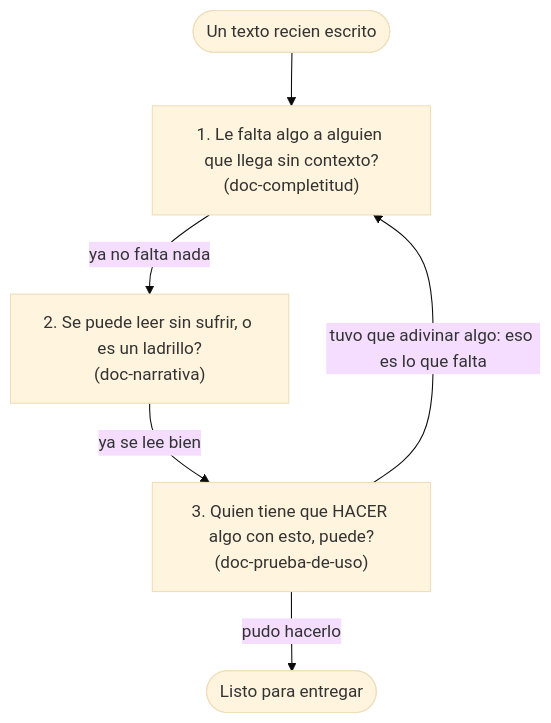
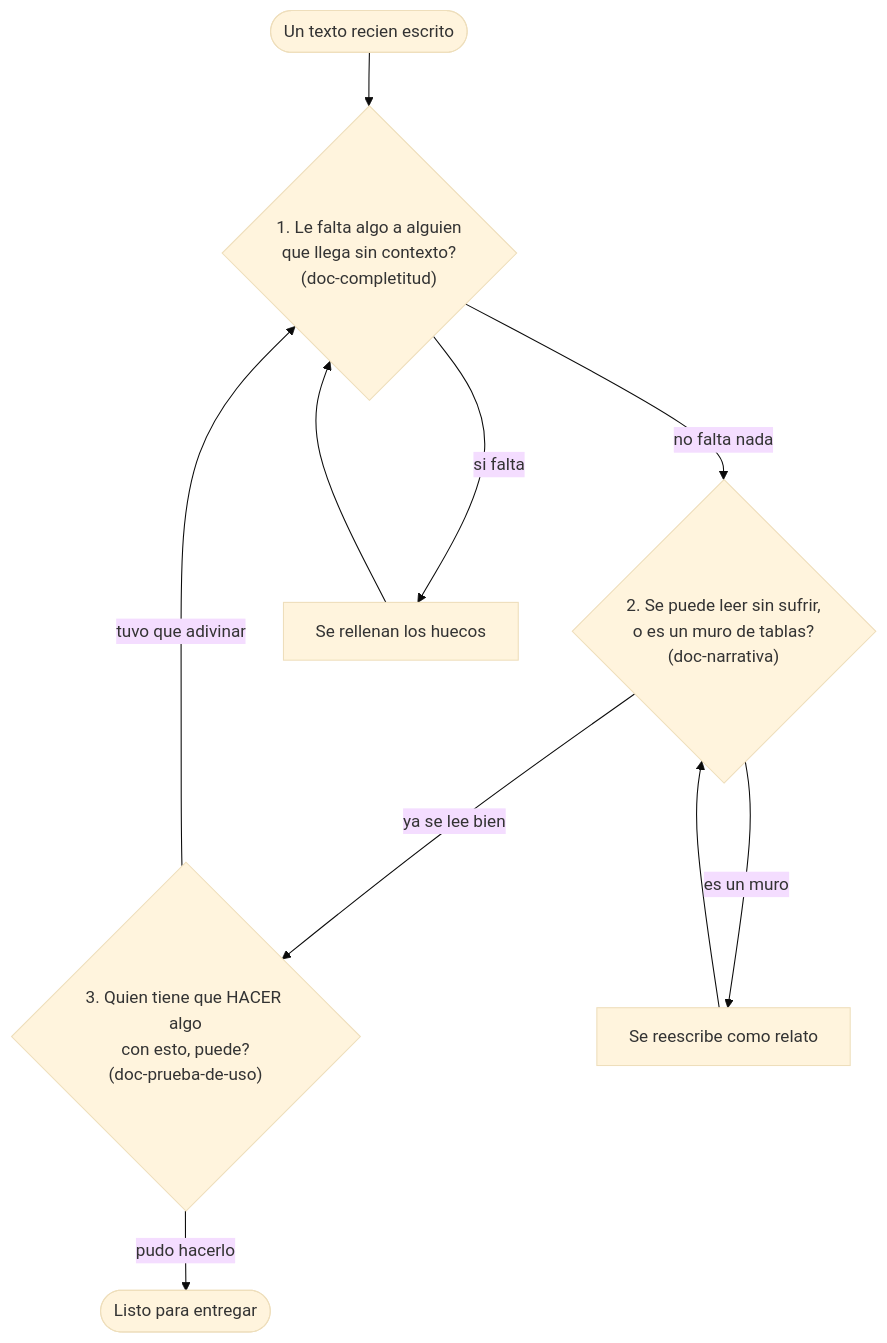
Before and after one commit to JoaquinMulet/kumo-skills: the second of 3 diagrams in README.md, drawn with Mermaid (base theme). The commit also changed other lines of this file and 1 other file, not shown here.

````diff
--- a/README.md
+++ b/README.md
@@ -90,8 +93,22 @@
 ```mermaid
 flowchart TD
   T(["Un texto recien escrito"]) --> C1
-  C1["1. Le falta algo a alguien que llega sin contexto?<br/>(doc-completitud)"] -->|"ya no falta nada"| C2
-  C2["2. Se puede leer sin sufrir, o es un ladrillo?<br/>(doc-narrativa)"] -->|"ya se lee bien"| C3
-  C3["3. Quien tiene que HACER algo con esto, puede?<br/>(doc-prueba-de-uso)"] -->|"pudo hacerlo"| OK(["Listo para entregar"])
-  C3 -->|"tuvo que adivinar algo: eso es lo que falta"| C1
+
+  C1{"1. Le falta algo a alguien<br/>que llega sin contexto?<br/>(doc-completitud)"}
+  C2{"2. Se puede leer sin sufrir,<br/>o es un muro de tablas?<br/>(doc-narrativa)"}
+  C3{"3. Quien tiene que HACER algo<br/>con esto, puede?<br/>(doc-prueba-de-uso)"}
+
+  F1["Se rellenan los huecos"]
+  F2["Se reescribe como relato"]
+
+  C1 -->|"no falta nada"| C2
+  C1 -->|"si falta"| F1
+  F1 --> C1
+
+  C2 -->|"ya se lee bien"| C3
+  C2 -->|"es un muro"| F2
+  F2 --> C2
+
+  C3 -->|"pudo hacerlo"| OK(["Listo para entregar"])
+  C3 -->|"tuvo que adivinar"| C1
 ```
````
